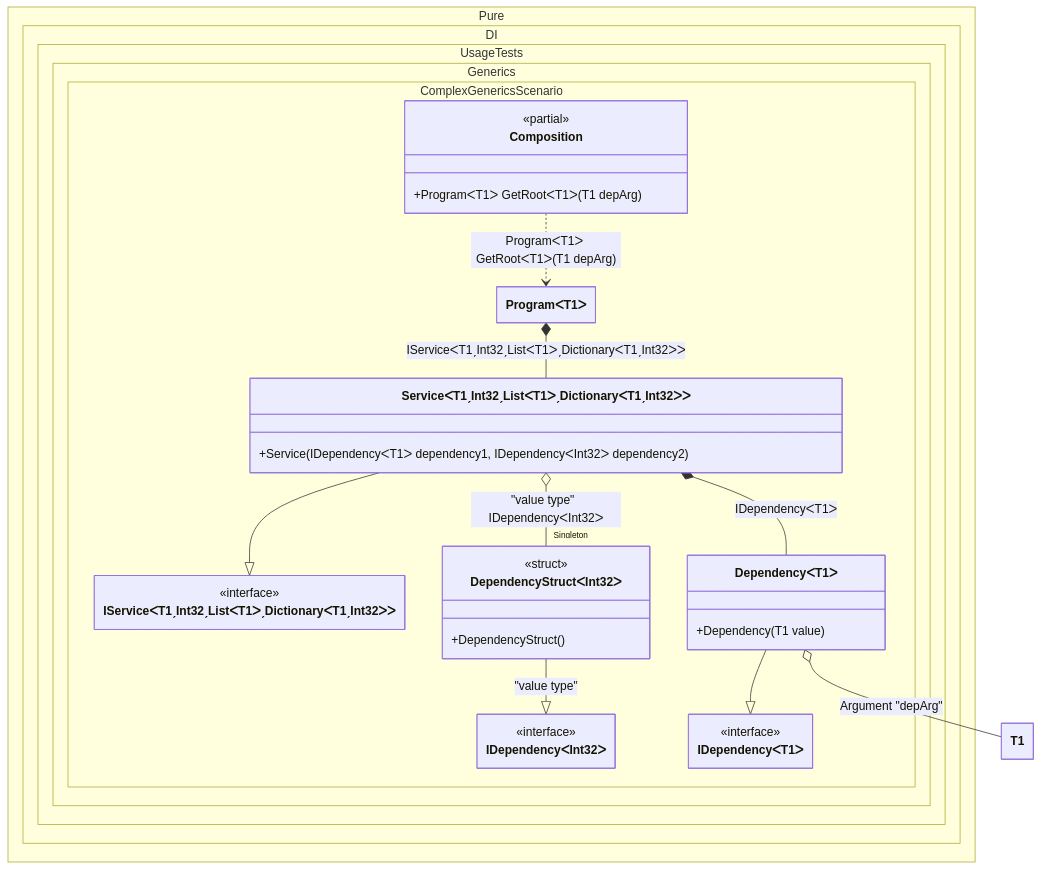
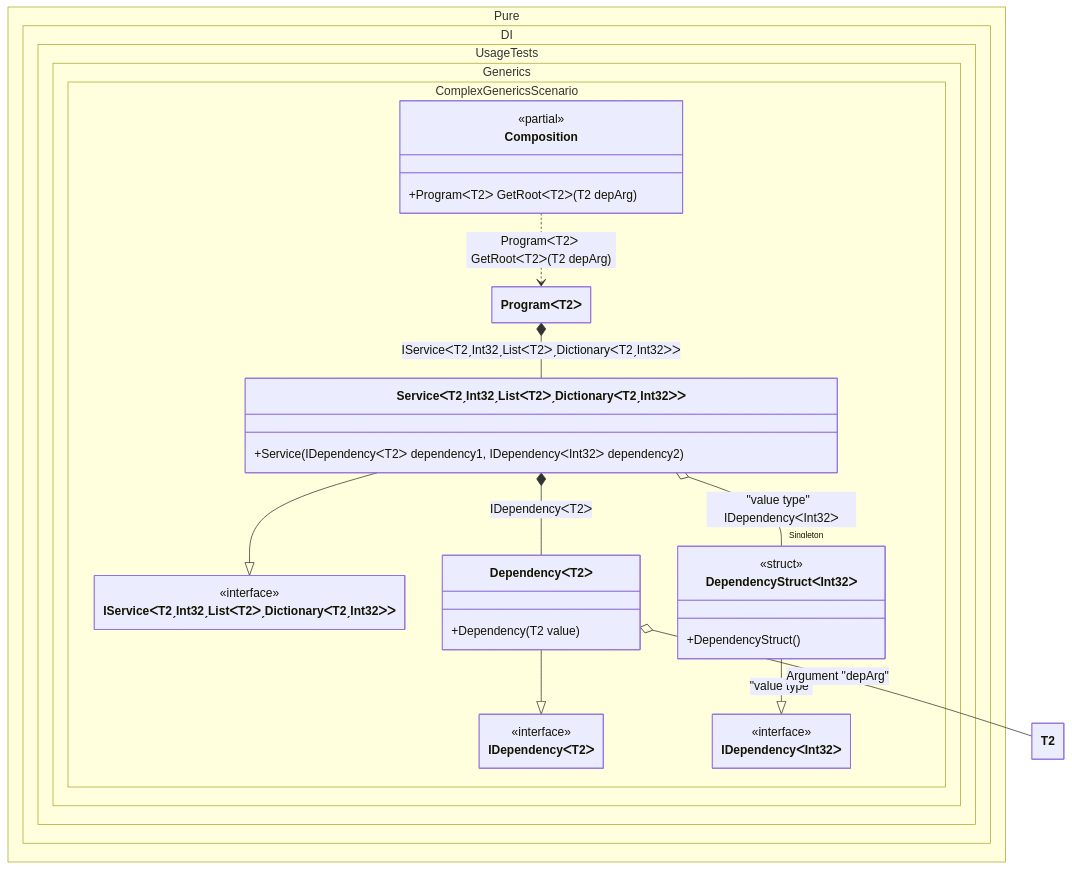
The diagram in readme/complex-generics.md (DevTeam/Pure.DI), drawn with Mermaid before and after one commit. The commit also changed other lines of this file and 10 other files, not shown here.

````diff
--- a/readme/complex-generics.md
+++ b/readme/complex-generics.md
@@ -147,43 +147,43 @@
 ```mermaid
 ---
  config:
   class:
    hideEmptyMembersBox: true
 ---
 classDiagram
-	ServiceᐸT1ˏInt32ˏListᐸT1ᐳˏDictionaryᐸT1ˏInt32ᐳᐳ --|> IServiceᐸT1ˏInt32ˏListᐸT1ᐳˏDictionaryᐸT1ˏInt32ᐳᐳ
+	ServiceᐸT2ˏInt32ˏListᐸT2ᐳˏDictionaryᐸT2ˏInt32ᐳᐳ --|> IServiceᐸT2ˏInt32ˏListᐸT2ᐳˏDictionaryᐸT2ˏInt32ᐳᐳ
+	DependencyᐸT2ᐳ --|> IDependencyᐸT2ᐳ
 	DependencyStructᐸInt32ᐳ --|> IDependencyᐸInt32ᐳ : "value type" 
-	DependencyᐸT1ᐳ --|> IDependencyᐸT1ᐳ
-	Composition ..> ProgramᐸT1ᐳ : ProgramᐸT1ᐳ GetRootᐸT1ᐳ(T1 depArg)
-	ProgramᐸT1ᐳ *--  ServiceᐸT1ˏInt32ˏListᐸT1ᐳˏDictionaryᐸT1ˏInt32ᐳᐳ : IServiceᐸT1ˏInt32ˏListᐸT1ᐳˏDictionaryᐸT1ˏInt32ᐳᐳ
-	ServiceᐸT1ˏInt32ˏListᐸT1ᐳˏDictionaryᐸT1ˏInt32ᐳᐳ *--  DependencyᐸT1ᐳ : IDependencyᐸT1ᐳ
-	ServiceᐸT1ˏInt32ˏListᐸT1ᐳˏDictionaryᐸT1ˏInt32ᐳᐳ o-- "Singleton" DependencyStructᐸInt32ᐳ : "value type"  IDependencyᐸInt32ᐳ
-	DependencyᐸT1ᐳ o-- T1 : Argument "depArg"
+	Composition ..> ProgramᐸT2ᐳ : ProgramᐸT2ᐳ GetRootᐸT2ᐳ(T2 depArg)
+	ProgramᐸT2ᐳ *--  ServiceᐸT2ˏInt32ˏListᐸT2ᐳˏDictionaryᐸT2ˏInt32ᐳᐳ : IServiceᐸT2ˏInt32ˏListᐸT2ᐳˏDictionaryᐸT2ˏInt32ᐳᐳ
+	ServiceᐸT2ˏInt32ˏListᐸT2ᐳˏDictionaryᐸT2ˏInt32ᐳᐳ *--  DependencyᐸT2ᐳ : IDependencyᐸT2ᐳ
+	ServiceᐸT2ˏInt32ˏListᐸT2ᐳˏDictionaryᐸT2ˏInt32ᐳᐳ o-- "Singleton" DependencyStructᐸInt32ᐳ : "value type"  IDependencyᐸInt32ᐳ
+	DependencyᐸT2ᐳ o-- T2 : Argument "depArg"
 	namespace Pure.DI.UsageTests.Generics.ComplexGenericsScenario {
 		class Composition {
 		<<partial>>
-		+ProgramᐸT1ᐳ GetRootᐸT1ᐳ(T1 depArg)
+		+ProgramᐸT2ᐳ GetRootᐸT2ᐳ(T2 depArg)
 		}
 		class DependencyStructᐸInt32ᐳ {
 				<<struct>>
 			+DependencyStruct()
 		}
-		class DependencyᐸT1ᐳ {
-			+Dependency(T1 value)
+		class DependencyᐸT2ᐳ {
+			+Dependency(T2 value)
 		}
 		class IDependencyᐸInt32ᐳ {
 			<<interface>>
 		}
-		class IDependencyᐸT1ᐳ {
+		class IDependencyᐸT2ᐳ {
 			<<interface>>
 		}
-		class IServiceᐸT1ˏInt32ˏListᐸT1ᐳˏDictionaryᐸT1ˏInt32ᐳᐳ {
+		class IServiceᐸT2ˏInt32ˏListᐸT2ᐳˏDictionaryᐸT2ˏInt32ᐳᐳ {
 			<<interface>>
 		}
-		class ProgramᐸT1ᐳ {
+		class ProgramᐸT2ᐳ {
 		}
-		class ServiceᐸT1ˏInt32ˏListᐸT1ᐳˏDictionaryᐸT1ˏInt32ᐳᐳ {
-			+Service(IDependencyᐸT1ᐳ dependency1, IDependencyᐸInt32ᐳ dependency2)
+		class ServiceᐸT2ˏInt32ˏListᐸT2ᐳˏDictionaryᐸT2ˏInt32ᐳᐳ {
+			+Service(IDependencyᐸT2ᐳ dependency1, IDependencyᐸInt32ᐳ dependency2)
 		}
 	}
 ```
````
